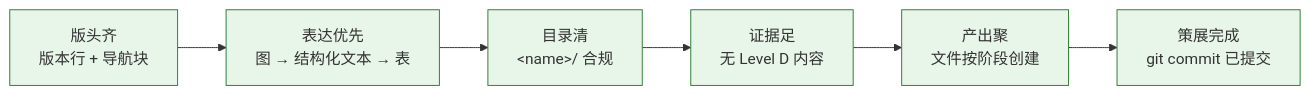
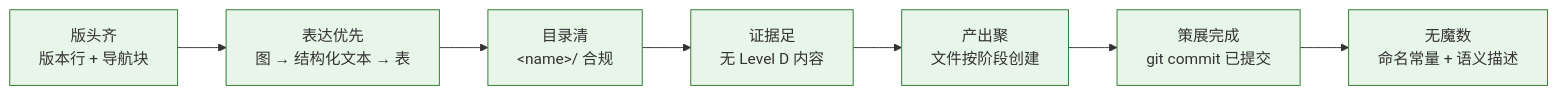
The tenth of 10 diagrams in rules/doc-generation.md (effiy/YrY), drawn with Mermaid before and after one commit. The commit also changed other lines of this file and 6 other files, not shown here.

````diff
--- a/rules/doc-generation.md
+++ b/rules/doc-generation.md
@@ -259,10 +307,11 @@
 ```mermaid
 flowchart LR
     S1["版头齐<br/>版本行 + 导航块"]:::sig --> S2["表达优先<br/>图 → 结构化文本 → 表"]:::sig
     S2 --> S3["目录清<br/>&lt;name&gt;/ 合规"]:::sig
     S3 --> S4["证据足<br/>无 Level D 内容"]:::sig
     S4 --> S5["产出聚<br/>文件按阶段创建"]:::sig
     S5 --> S6["策展完成<br/>git commit 已提交"]:::sig
+    S6 --> S7["无魔数<br/>命名常量 + 语义描述"]:::sig
 
     classDef sig fill:#e8f5e9,stroke:#2e7d32;
 ```
````
